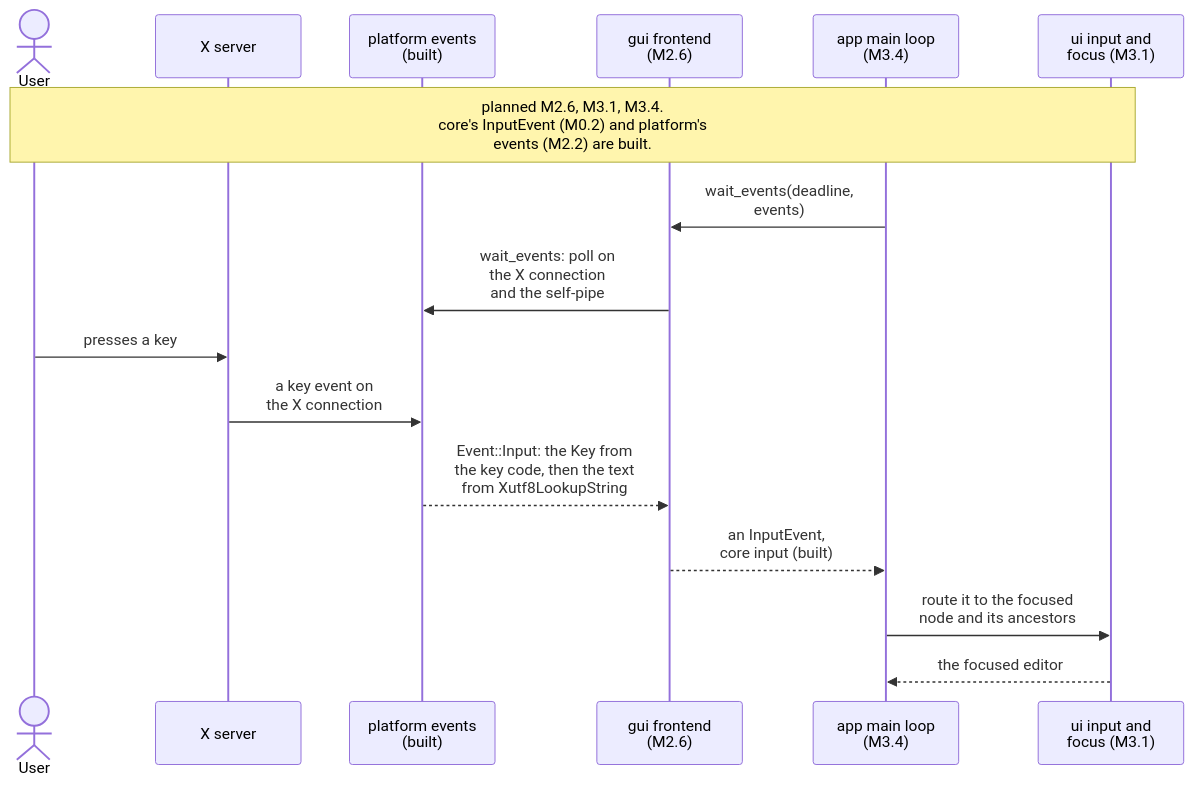
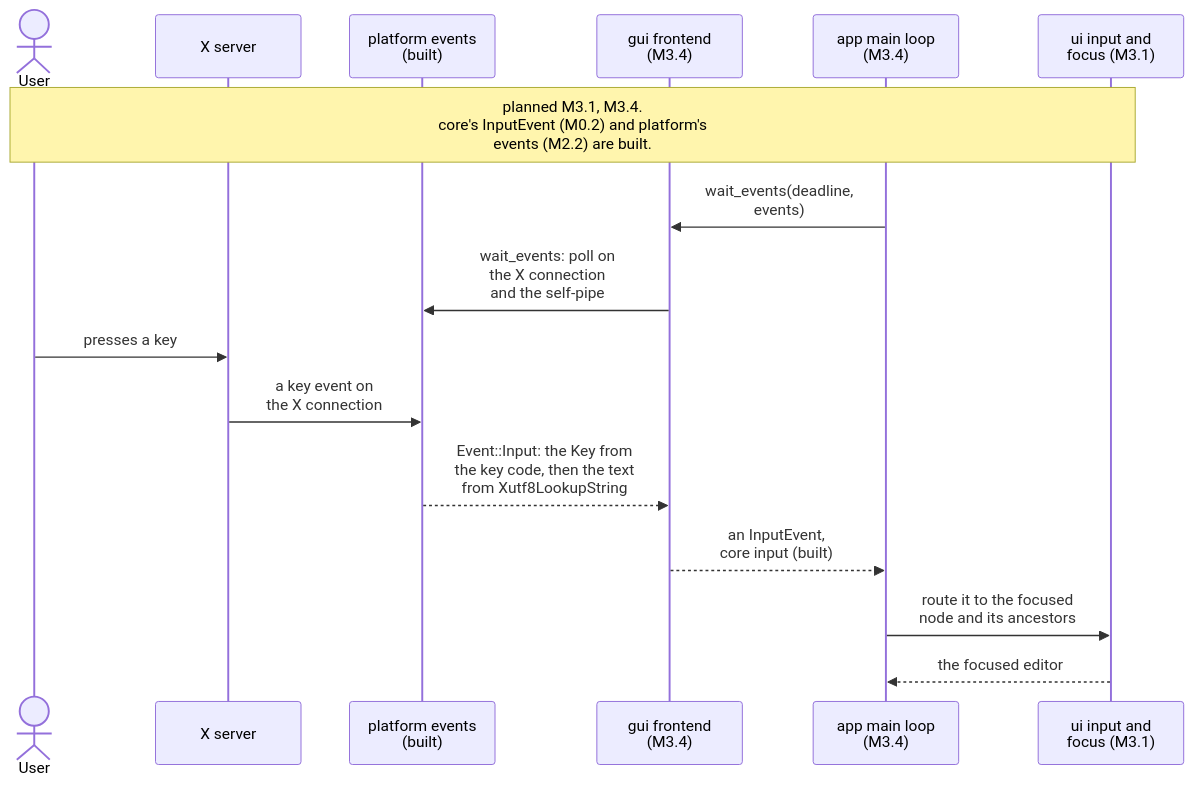
Before and after one commit to jabbott-iii/Tidepool: diagram 12 of 23 in diagrams/sequence-diagrams.md, drawn with Mermaid. The commit also changed other lines of this file and 35 other files, not shown here.

````diff
--- a/diagrams/sequence-diagrams.md
+++ b/diagrams/sequence-diagrams.md
@@ -588,19 +639,19 @@
 ```mermaid
 sequenceDiagram
     actor User
     participant Disp as X server
     participant Plat as platform events<br/>(built)
-    participant Fe as gui frontend<br/>(M2.6)
+    participant Fe as gui frontend<br/>(M3.4)
     participant ML as app main loop<br/>(M3.4)
     participant Ui as ui input and<br/>focus (M3.1)
 
-    Note over User,Ui: planned M2.6, M3.1, M3.4.<br/>core's InputEvent (M0.2) and platform's<br/>events (M2.2) are built.
+    Note over User,Ui: planned M3.1, M3.4.<br/>core's InputEvent (M0.2) and platform's<br/>events (M2.2) are built.
     ML->>Fe: wait_events(deadline,<br/>events)
     Fe->>Plat: wait_events: poll on<br/>the X connection<br/>and the self-pipe
     User->>Disp: presses a key
     Disp->>Plat: a key event on<br/>the X connection
     Plat-->>Fe: Event::Input: the Key from<br/>the key code, then the text<br/>from Xutf8LookupString
     Fe-->>ML: an InputEvent,<br/>core input (built)
     ML->>Ui: route it to the focused<br/>node and its ancestors
     Ui-->>ML: the focused editor
 ```
````
